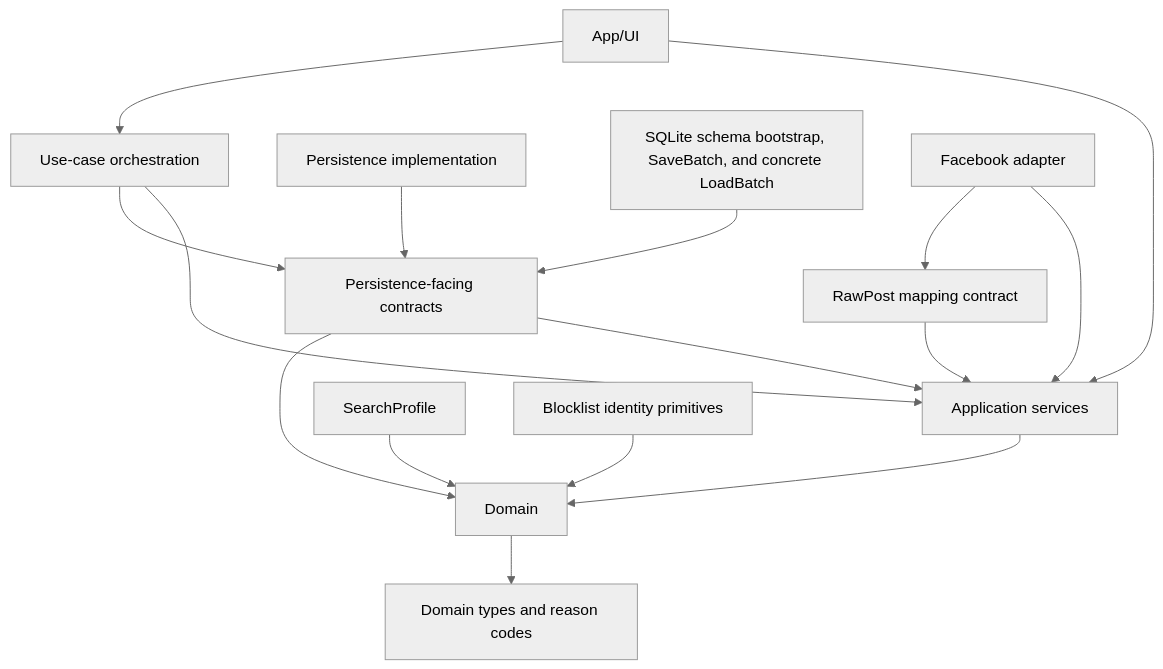
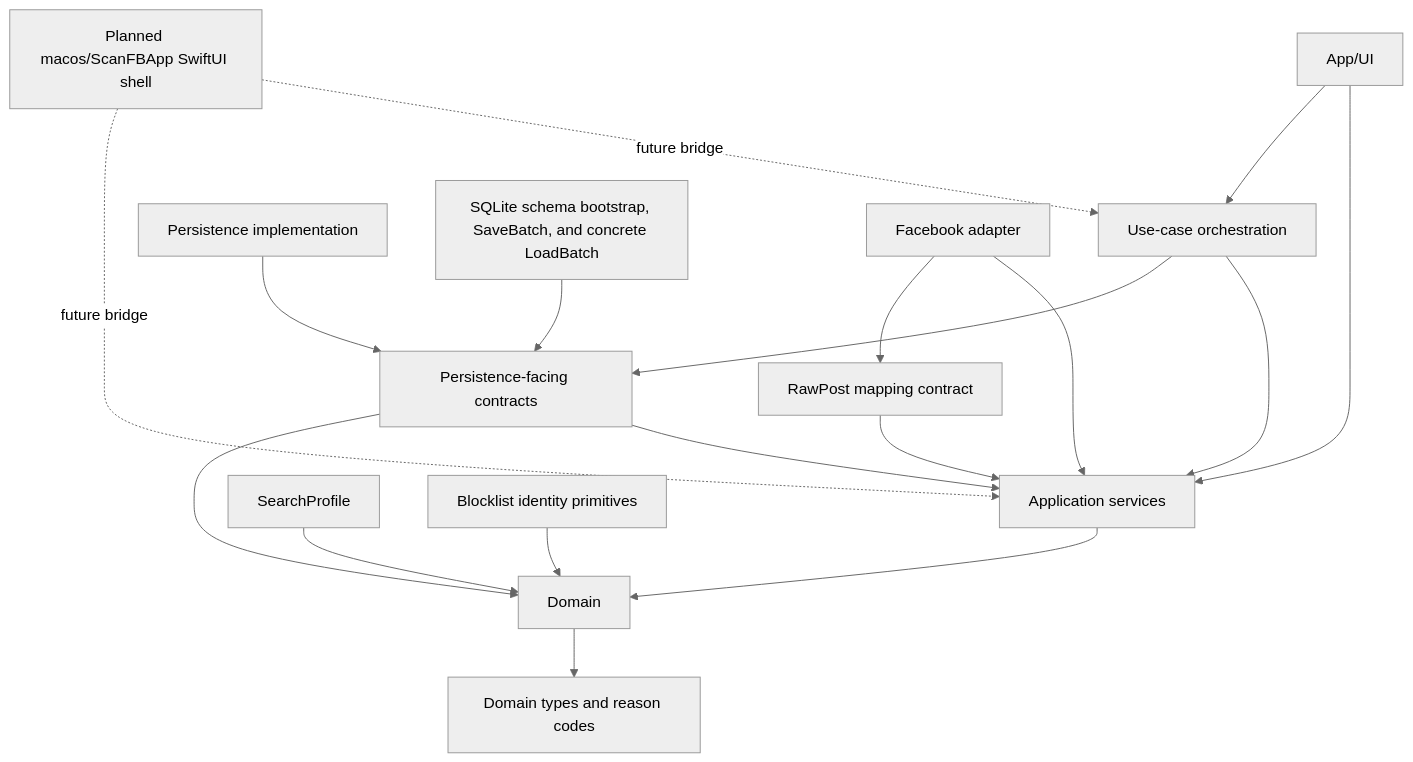
One commit to soleda2026/ScanFB changed the diagram in docs/CODE_GRAPH.md. Above: the diagram before and after it, drawn with Mermaid (neutral theme). The commit also changed other lines of this file and 6 other files, not shown here.

Commit message:
docs(ui): define native macOS SwiftUI architecture

````diff
--- a/docs/CODE_GRAPH.md
+++ b/docs/CODE_GRAPH.md
@@ -7,18 +7,20 @@
 ```mermaid
 flowchart TD
     UI["App/UI"] --> APP["Application services"]
     UI --> ORCH["Use-case orchestration"]
     ORCH --> APP
     ORCH --> PERSIST_CONTRACT
     APP --> DOMAIN["Domain"]
     PERSIST_CONTRACT["Persistence-facing contracts"] --> APP
     PERSIST_CONTRACT --> DOMAIN
     PERSIST_IMPL["Persistence implementation"] --> PERSIST_CONTRACT
     SQLITE["SQLite schema bootstrap, SaveBatch, and concrete LoadBatch"] --> PERSIST_CONTRACT
+    MACOS_APP["Planned macos/ScanFBApp SwiftUI shell"] -.future bridge.-> ORCH
+    MACOS_APP -.future bridge.-> APP
     FB["Facebook adapter"] --> APP
     FB --> RAW["RawPost mapping contract"]
     RAW --> APP
     PROFILE["SearchProfile"] --> DOMAIN
     DOMAIN --> TYPES["Domain types and reason codes"]
     BLOCKLIST["Blocklist identity primitives"] --> DOMAIN
 ```
````
